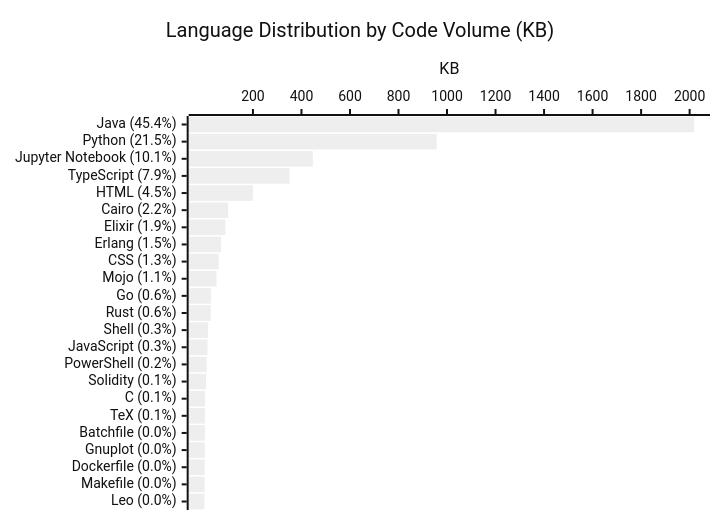
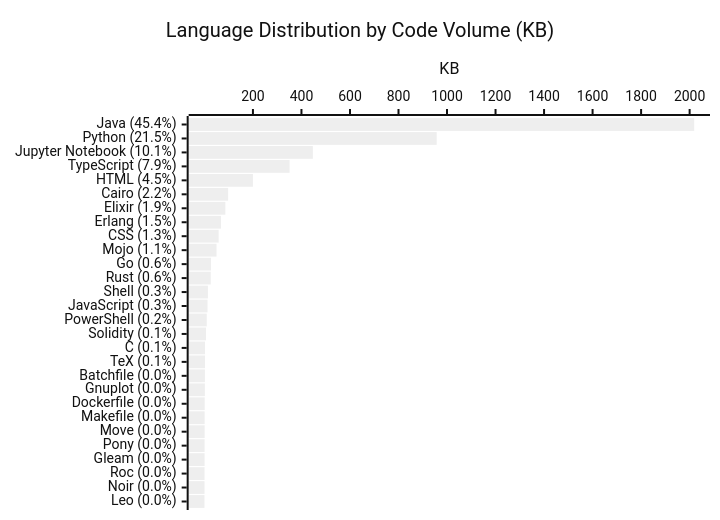
One commit to KathiraveluLab/.github changed the diagram in profile/README.md. Above: the diagram before and after it, drawn with Mermaid (neutral theme). The commit also changed other lines of this file and 1 other file, not shown here.

````diff
--- a/profile/README.md
+++ b/profile/README.md
@@ -63,7 +64,7 @@
 ```mermaid
 xychart-beta horizontal
     title "Language Distribution by Code Volume (KB)"
-    x-axis ["Java (45.4%)", "Python (21.5%)", "Jupyter Notebook (10.1%)", "TypeScript (7.9%)", "HTML (4.5%)", "Cairo (2.2%)", "Elixir (1.9%)", "Erlang (1.5%)", "CSS (1.3%)", "Mojo (1.1%)", "Go (0.6%)", "Rust (0.6%)", "Shell (0.3%)", "JavaScript (0.3%)", "PowerShell (0.2%)", "Solidity (0.1%)", "C (0.1%)", "TeX (0.1%)", "Batchfile (0.0%)", "Gnuplot (0.0%)", "Dockerfile (0.0%)", "Makefile (0.0%)", "Leo (0.0%)"]
+    x-axis ["Java (45.4%)", "Python (21.5%)", "Jupyter Notebook (10.1%)", "TypeScript (7.9%)", "HTML (4.5%)", "Cairo (2.2%)", "Elixir (1.9%)", "Erlang (1.5%)", "CSS (1.3%)", "Mojo (1.1%)", "Go (0.6%)", "Rust (0.6%)", "Shell (0.3%)", "JavaScript (0.3%)", "PowerShell (0.2%)", "Solidity (0.1%)", "C (0.1%)", "TeX (0.1%)", "Batchfile (0.0%)", "Gnuplot (0.0%)", "Dockerfile (0.0%)", "Makefile (0.0%)", "Move (0.0%)", "Pony (0.0%)", "Gleam (0.0%)", "Roc (0.0%)", "Noir (0.0%)", "Leo (0.0%)"]
     y-axis "KB"
-    bar [2018.87, 957.37, 446.9, 351.02, 199.85, 97.83, 86.29, 68.52, 58.73, 49.94, 27.33, 26.08, 14.47, 12.8, 9.6, 6.65, 2.58, 2.29, 2.09, 1.82, 1.17, 0.99, 0.26]
+    bar [2018.87, 957.37, 446.9, 351.02, 199.85, 97.83, 86.29, 68.52, 58.73, 49.94, 27.33, 26.08, 14.47, 12.8, 9.6, 6.65, 2.58, 2.29, 2.09, 1.82, 1.17, 0.99, 0.95, 0.78, 0.68, 0.52, 0.39, 0.26]
 ```
````
